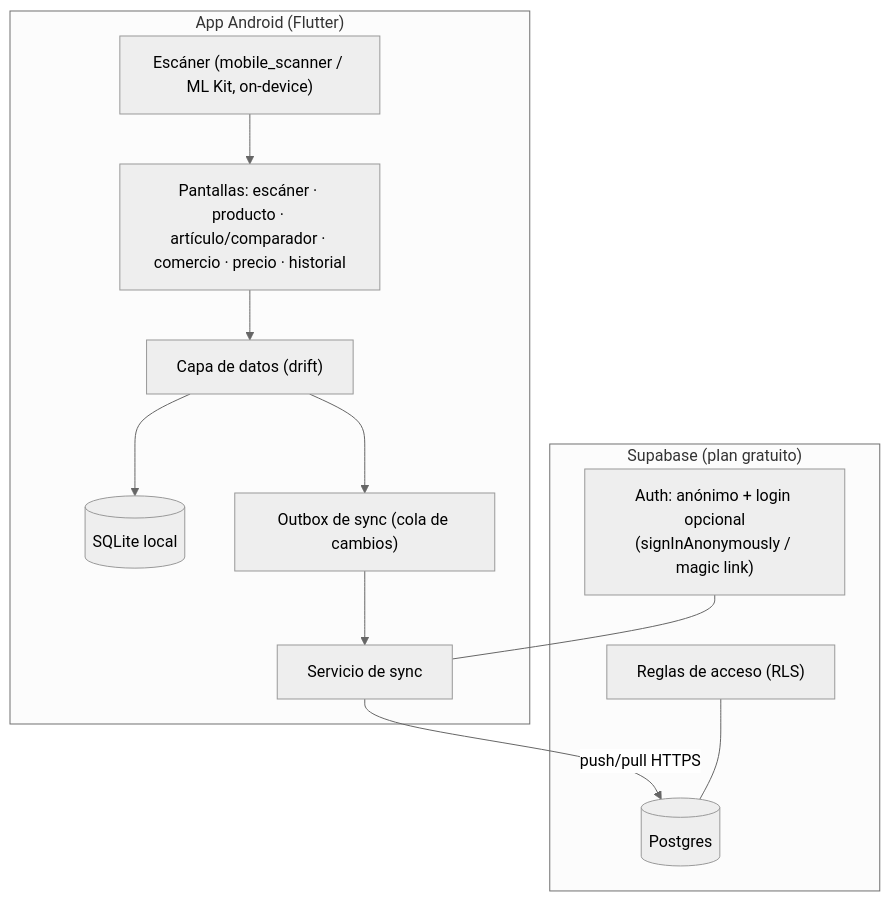
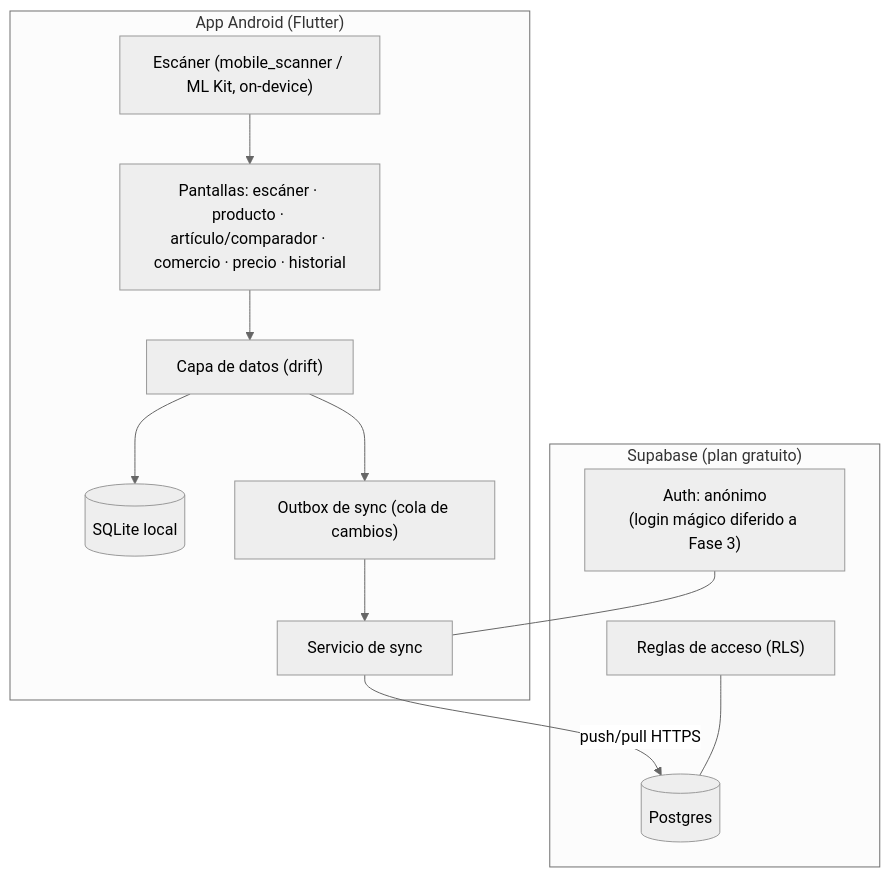
The first of 4 diagrams in docs/arquitectura.md (joriza/seguidor-precios), drawn with Mermaid (neutral theme) before and after one commit. The commit also changed other lines of this file and 7 other files, not shown here.

````diff
--- a/docs/arquitectura.md
+++ b/docs/arquitectura.md
@@ -15,25 +15,25 @@
 ```mermaid
 flowchart TD
     subgraph App["App Android (Flutter)"]
         UI["Pantallas: escáner · producto · artículo/comparador · comercio · precio · historial"]
         SCAN["Escáner (mobile_scanner / ML Kit, on-device)"]
         REPO["Capa de datos (drift)"]
         DB[("SQLite local")]
         OUT["Outbox de sync (cola de cambios)"]
         SYNC["Servicio de sync"]
     end
     subgraph Nube["Supabase (plan gratuito)"]
         PG[("Postgres")]
         RLS["Reglas de acceso (RLS)"]
-        AUTH["Auth: anónimo + login opcional<br/>(signInAnonymously / magic link)"]
+        AUTH["Auth: anónimo<br/>(login mágico diferido a Fase 3)"]
     end
 
     UI --> REPO
     SCAN --> UI
     REPO --> DB
     REPO --> OUT
     OUT --> SYNC
     SYNC -- "push/pull HTTPS" --> PG
     RLS --- PG
     AUTH --- SYNC
 ```
````
